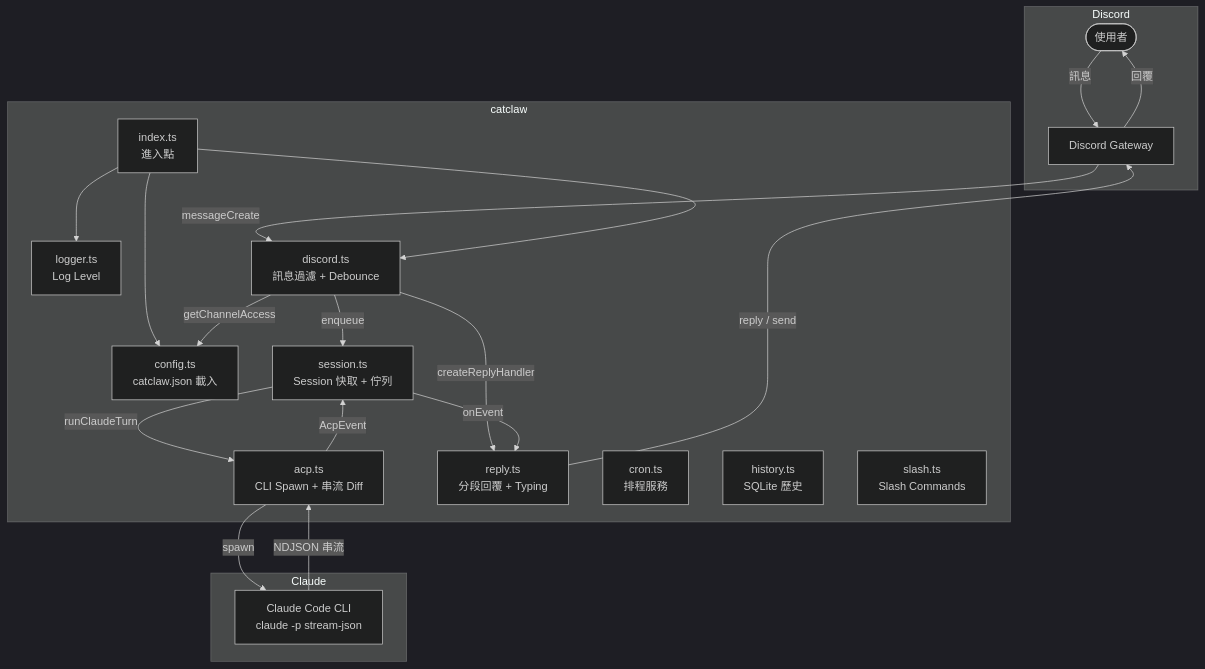
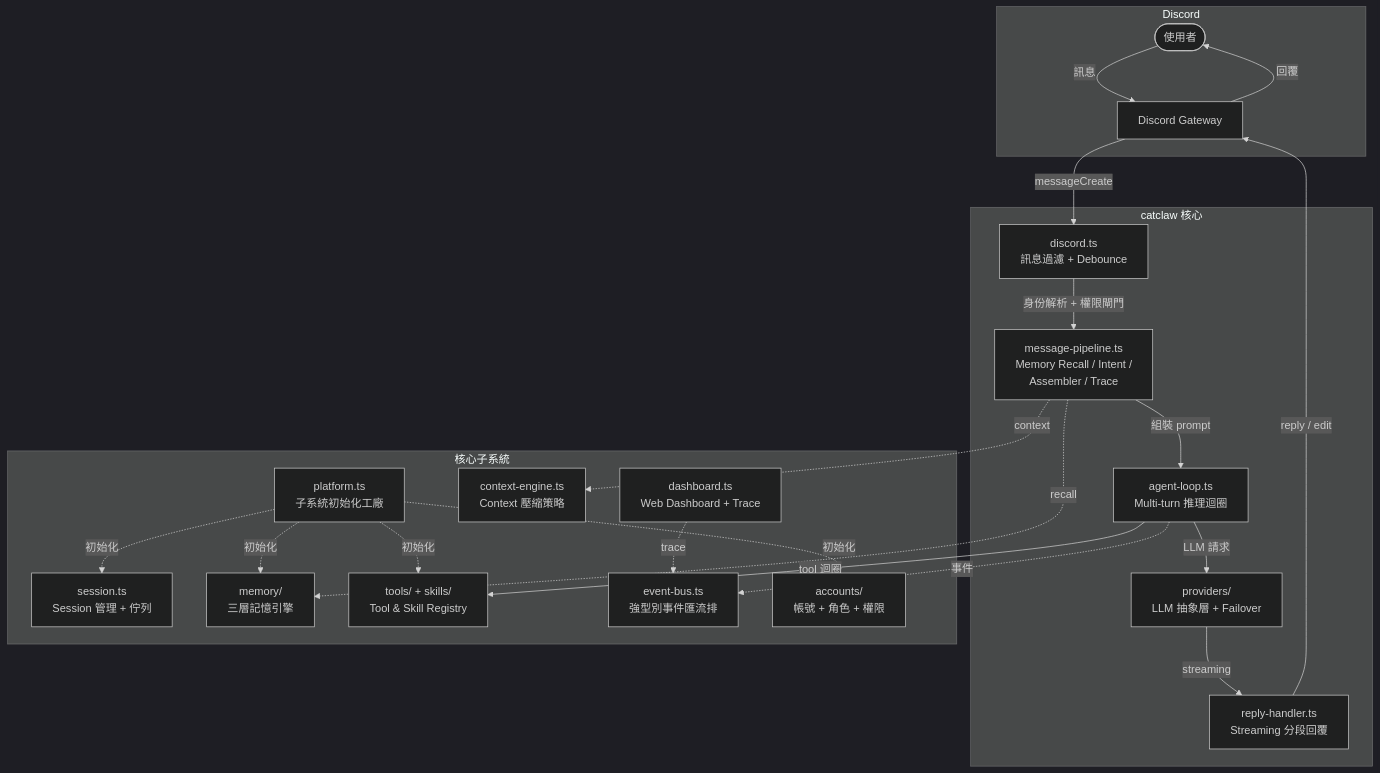
Before and after one commit to wellstseng/catclaw: the diagram in README.md, drawn with Mermaid (dark theme). The commit also changed other lines of this file and 26 other files, not shown here.

````diff
--- a/README.md
+++ b/README.md
@@ -32,40 +43,45 @@
 ```mermaid
 graph TB
     subgraph Discord
         User([使用者])
         DGW[Discord Gateway]
     end
 
-    subgraph catclaw
-        IDX[index.ts<br/>進入點]
-        CFG[config.ts<br/>catclaw.json 載入]
-        LOG[logger.ts<br/>Log Level]
-        DIS[discord.ts<br/>訊息過濾 + Debounce]
-        SES[session.ts<br/>Session 快取 + 佇列]
-        ACP[acp.ts<br/>CLI Spawn + 串流 Diff]
-        REP[reply.ts<br/>分段回覆 + Typing]
-        CRN[cron.ts<br/>排程服務]
-        HST[history.ts<br/>SQLite 歷史]
-        SLH[slash.ts<br/>Slash Commands]
+    subgraph "catclaw 核心"
+        DSC[discord.ts<br/>訊息過濾 + Debounce]
+        MPL[message-pipeline.ts<br/>Memory Recall / Intent /<br/>Assembler / Trace]
+        AGL[agent-loop.ts<br/>Multi-turn 推理迴圈]
+        PRV[providers/<br/>LLM 抽象層 + Failover]
+        RPL[reply-handler.ts<br/>Streaming 分段回覆]
     end
 
-    subgraph Claude
-        CLI[Claude Code CLI<br/>claude -p stream-json]
+    subgraph "核心子系統"
+        PLT[platform.ts<br/>子系統初始化工廠]
+        SES[session.ts<br/>Session 管理 + 佇列]
+        MEM[memory/<br/>三層記憶引擎]
+        CTX[context-engine.ts<br/>Context 壓縮策略]
+        TRG[tools/ + skills/<br/>Tool & Skill Registry]
+        EVT[event-bus.ts<br/>強型別事件匯流排]
+        ACC[accounts/<br/>帳號 + 角色 + 權限]
+        DSH[dashboard.ts<br/>Web Dashboard + Trace]
     end
 
     User -->|訊息| DGW
-    DGW -->|messageCreate| DIS
-    IDX --> CFG
-    IDX --> LOG
-    IDX --> DIS
-    DIS -->|getChannelAccess| CFG
-    DIS -->|createReplyHandler| REP
-    DIS -->|enqueue| SES
-    SES -->|runClaudeTurn| ACP
-    ACP -->|spawn| CLI
-    CLI -->|NDJSON 串流| ACP
-    ACP -->|AcpEvent| SES
-    SES -->|onEvent| REP
-    REP -->|reply / send| DGW
+    DGW -->|messageCreate| DSC
+    DSC -->|身份解析 + 權限閘門| MPL
+    MPL -->|組裝 prompt| AGL
+    AGL -->|tool 迴圈| TRG
+    AGL -->|LLM 請求| PRV
+    PRV -->|streaming| RPL
+    RPL -->|reply / edit| DGW
     DGW -->|回覆| User
+
+    PLT -.->|初始化| SES
+    PLT -.->|初始化| MEM
+    PLT -.->|初始化| TRG
+    PLT -.->|初始化| ACC
+    MPL -.->|recall| MEM
+    MPL -.->|context| CTX
+    AGL -.->|事件| EVT
+    DSH -.->|trace| EVT
 ```
````
